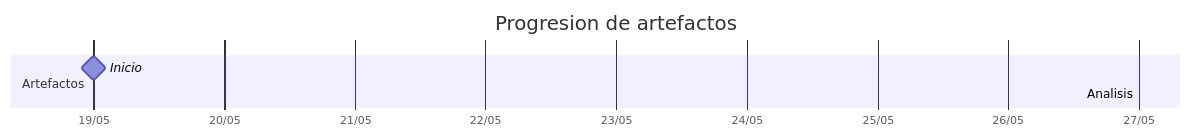
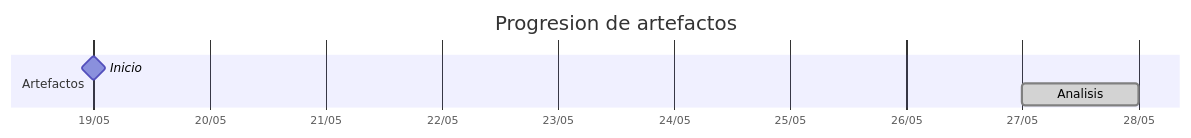
The diagram in TIMELINES/Andecochea.md (carlos-alvarado-25/25-26-idsw2-sdVC), drawn with Mermaid before and after one commit. The commit also changed 12 other files, not shown here.

````diff
--- a/TIMELINES/Andecochea.md
+++ b/TIMELINES/Andecochea.md
@@ -17,9 +17,9 @@
 ```mermaid
 gantt
     title Progresion de artefactos
     dateFormat YYYY-MM-DD
     axisFormat %d/%m
     section Artefactos
         Inicio       :milestone, 2026-05-19, 0d
-        Analisis     :done, 2026-05-27, 2026-05-27
+        Analisis     :done, 2026-05-27, 2026-05-28
 ```
````
